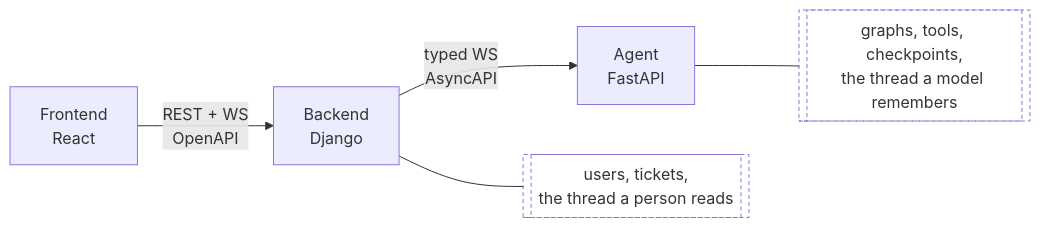
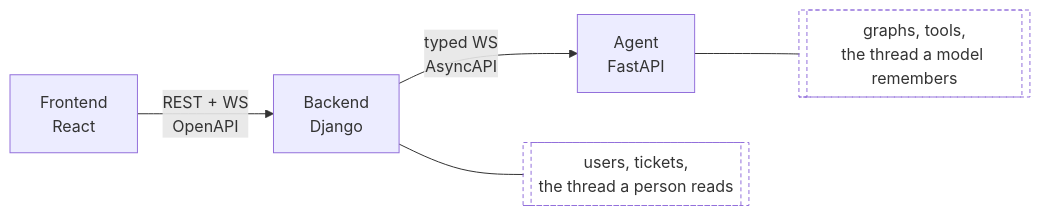
The diagram in src/content/posts/agent-graph-engineering/01-the-stack-and-why-each-piece-is-there.mdx (huynguyengl99/huynguyengl99.github.io), drawn with Mermaid before and after one commit. The commit also changed other lines of this file and 3 other files, not shown here.

````diff
--- a/src/content/posts/agent-graph-engineering/01-the-stack-and-why-each-piece-is-there.mdx
+++ b/src/content/posts/agent-graph-engineering/01-the-stack-and-why-each-piece-is-there.mdx
@@ -160,15 +161,15 @@
 ```mermaid
 flowchart LR
     FE["Frontend<br/>React"]
     BE["Backend<br/>Django"]
     AG["Agent<br/>FastAPI"]
 
     FE -->|"REST + WS<br/>OpenAPI"| BE
     BE -->|"typed WS<br/>AsyncAPI"| AG
 
     BE --- BEOWNS[["users, tickets,<br/>the thread a person reads"]]
-    AG --- AGOWNS[["graphs, tools, checkpoints,<br/>the thread a model remembers"]]
+    AG --- AGOWNS[["graphs, tools,<br/>the thread a model remembers"]]
 
     classDef owns fill:none,stroke-dasharray:4 3;
     class BEOWNS,AGOWNS owns;
 ```
````
